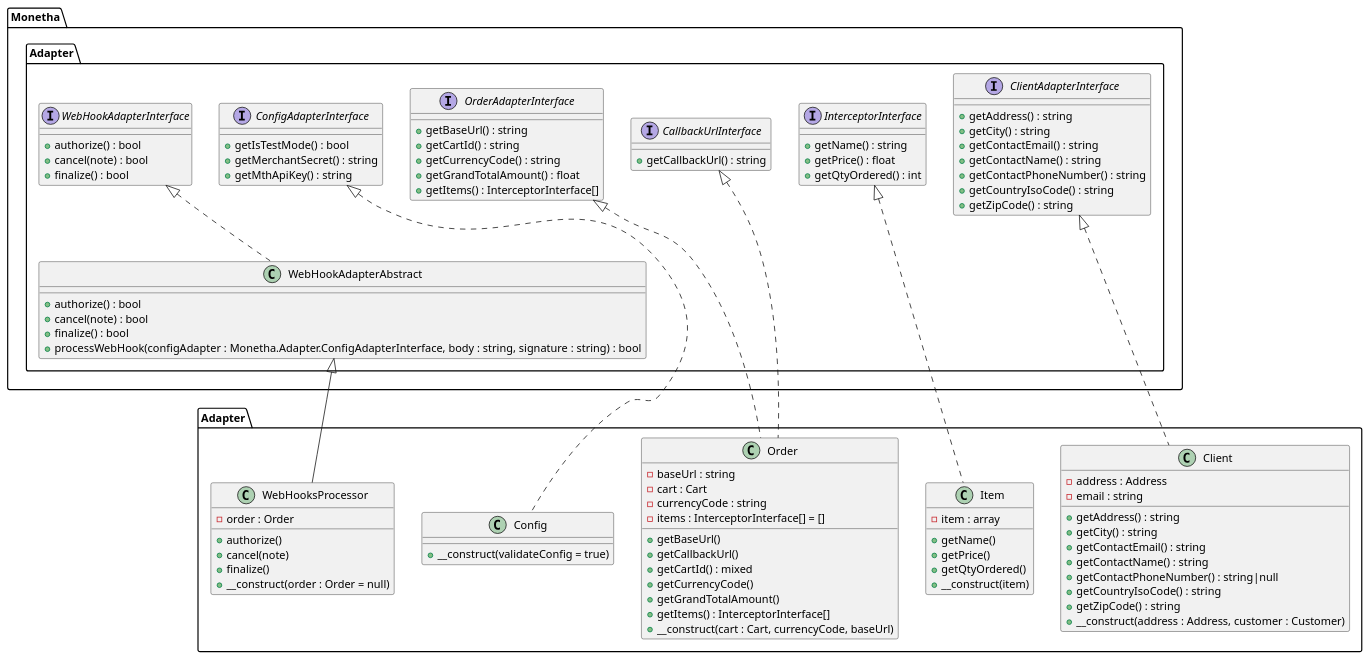
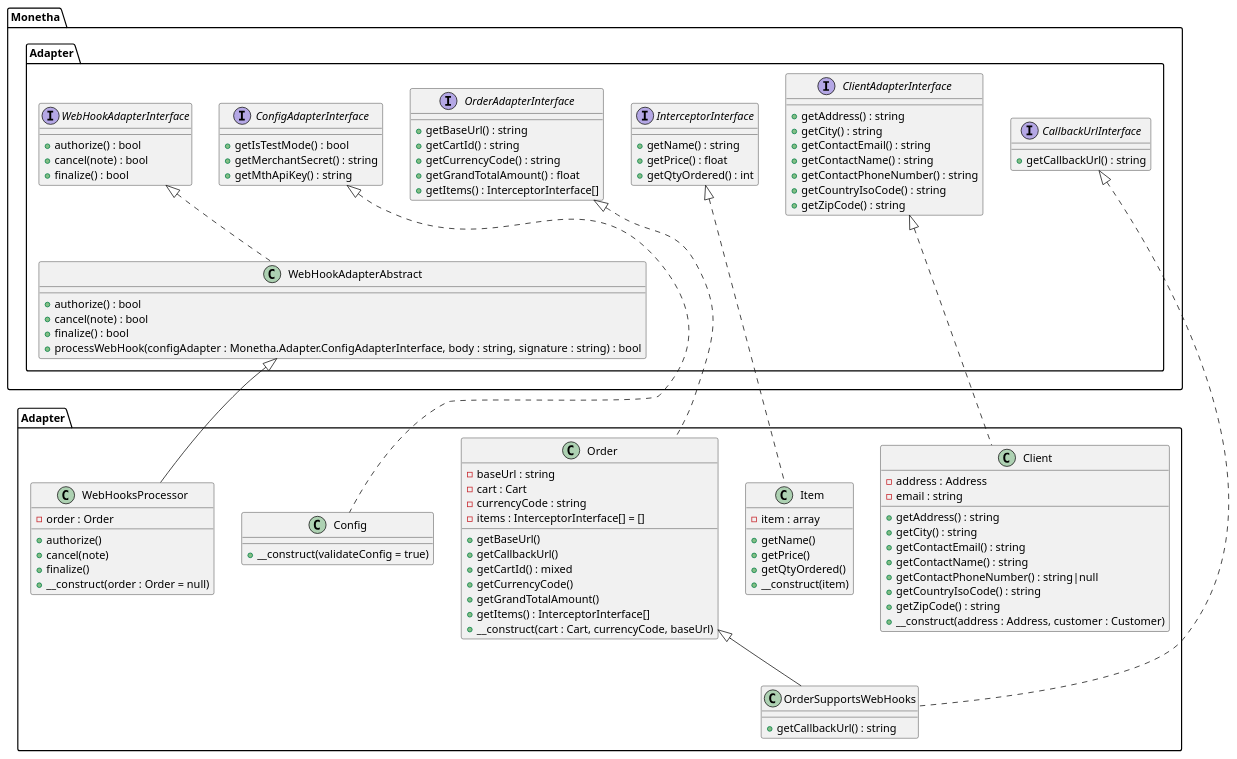
The diagram in payment-plugin-php-sdk.puml (monetha/payment-plugin-php-sdk), drawn with PlantUML before and after one commit. The commit also changed 1 other file, not shown here.

Commit message:
OrderSupportsWebHooks uml added.

```diff
--- a/payment-plugin-php-sdk.puml
+++ b/payment-plugin-php-sdk.puml
@@ -1,105 +1,110 @@
 @startuml
 
 interface Monetha.Adapter.ConfigAdapterInterface {
     +getIsTestMode() : bool
     +getMerchantSecret() : string
     +getMthApiKey() : string
 }
 
 class Adapter.Config {
     +__construct(validateConfig = true)
 }
 class Adapter.Config implements Monetha.Adapter.ConfigAdapterInterface
 
 interface Monetha.Adapter.OrderAdapterInterface {
     +getBaseUrl() : string
     +getCartId() : string
     +getCurrencyCode() : string
     +getGrandTotalAmount() : float
     +getItems() : InterceptorInterface[]
 }
 
 class Adapter.Order {
     -baseUrl : string
     -cart : Cart
     -currencyCode : string
     -items : InterceptorInterface[] = []
     +getBaseUrl()
     +getCallbackUrl()
     +getCartId() : mixed
     +getCurrencyCode()
     +getGrandTotalAmount()
     +getItems() : InterceptorInterface[]
     +__construct(cart : Cart, currencyCode, baseUrl)
 }
 class Adapter.Order implements Monetha.Adapter.OrderAdapterInterface
-class Adapter.Order implements Monetha.Adapter.CallbackUrlInterface
+
+class Adapter.OrderSupportsWebHooks {
+    +getCallbackUrl() : string
+}
+class Adapter.OrderSupportsWebHooks extends Adapter.Order
+class Adapter.OrderSupportsWebHooks implements Monetha.Adapter.CallbackUrlInterface
 
 interface Monetha.Adapter.InterceptorInterface {
     +getName() : string
     +getPrice() : float
     +getQtyOrdered() : int
 }
 
 class Adapter.Item {
     -item : array
     +getName()
     +getPrice()
     +getQtyOrdered()
     +__construct(item)
 }
 class Adapter.Item implements Monetha.Adapter.InterceptorInterface
 
 interface Monetha.Adapter.CallbackUrlInterface {
     +getCallbackUrl() : string
 }
 
 interface Monetha.Adapter.ClientAdapterInterface {
     +getAddress() : string
     +getCity() : string
     +getContactEmail() : string
     +getContactName() : string
     +getContactPhoneNumber() : string
     +getCountryIsoCode() : string
     +getZipCode() : string
 }
 
 class Adapter.Client {
     -address : Address
     -email : string
     +getAddress() : string
     +getCity() : string
     +getContactEmail() : string
     +getContactName() : string
     +getContactPhoneNumber() : string|null
     +getCountryIsoCode() : string
     +getZipCode() : string
     +__construct(address : Address, customer : Customer)
 }
 class Adapter.Client implements Monetha.Adapter.ClientAdapterInterface
 
 
 interface Monetha.Adapter.WebHookAdapterInterface {
     +authorize() : bool
     +cancel(note) : bool
     +finalize() : bool
 }
 
 class Adapter.WebHooksProcessor {
     -order : Order
     +authorize()
     +cancel(note)
     +finalize()
     +__construct(order : Order = null)
 }
 class Adapter.WebHooksProcessor extends Monetha.Adapter.WebHookAdapterAbstract
 
 abstract class Monetha.Adapter.WebHookAdapterAbstract {
     +authorize() : bool
     +cancel(note) : bool
     +finalize() : bool
     +processWebHook(configAdapter : Monetha.Adapter.ConfigAdapterInterface, body : string, signature : string) : bool
 }
 class Monetha.Adapter.WebHookAdapterAbstract implements Monetha.Adapter.WebHookAdapterInterface
 
 @enduml
```
